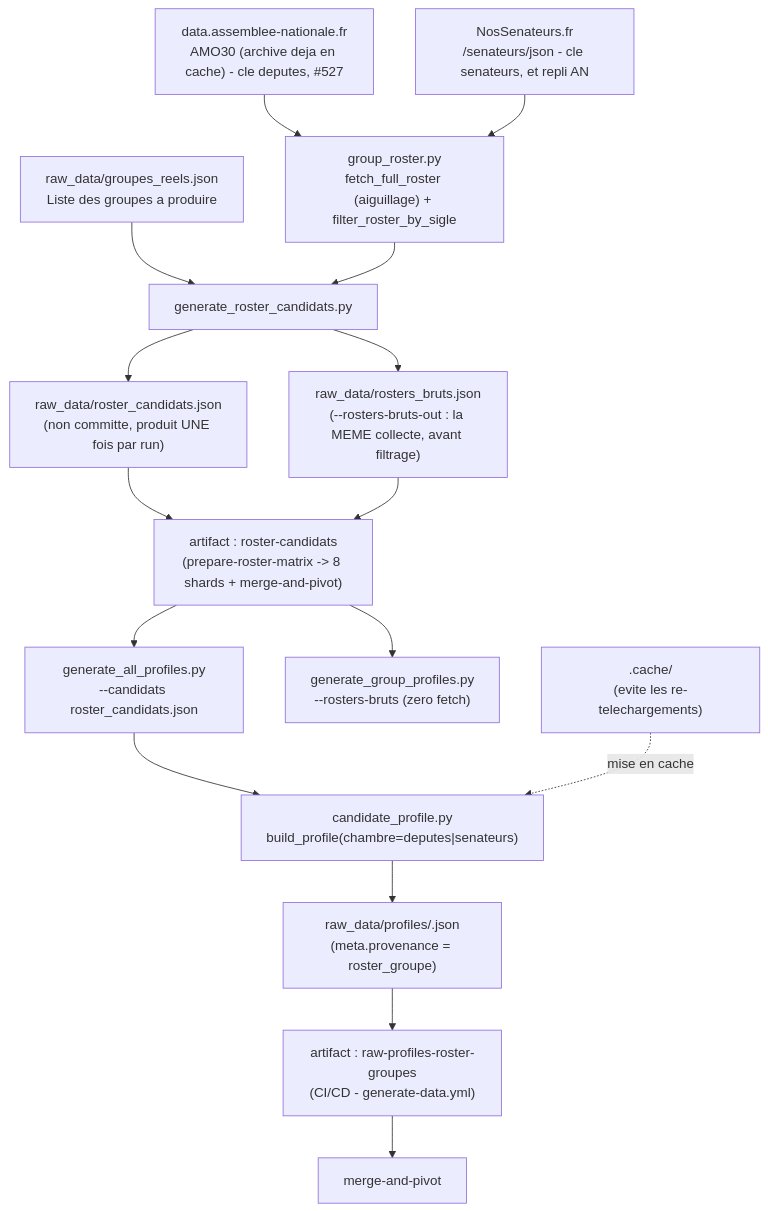
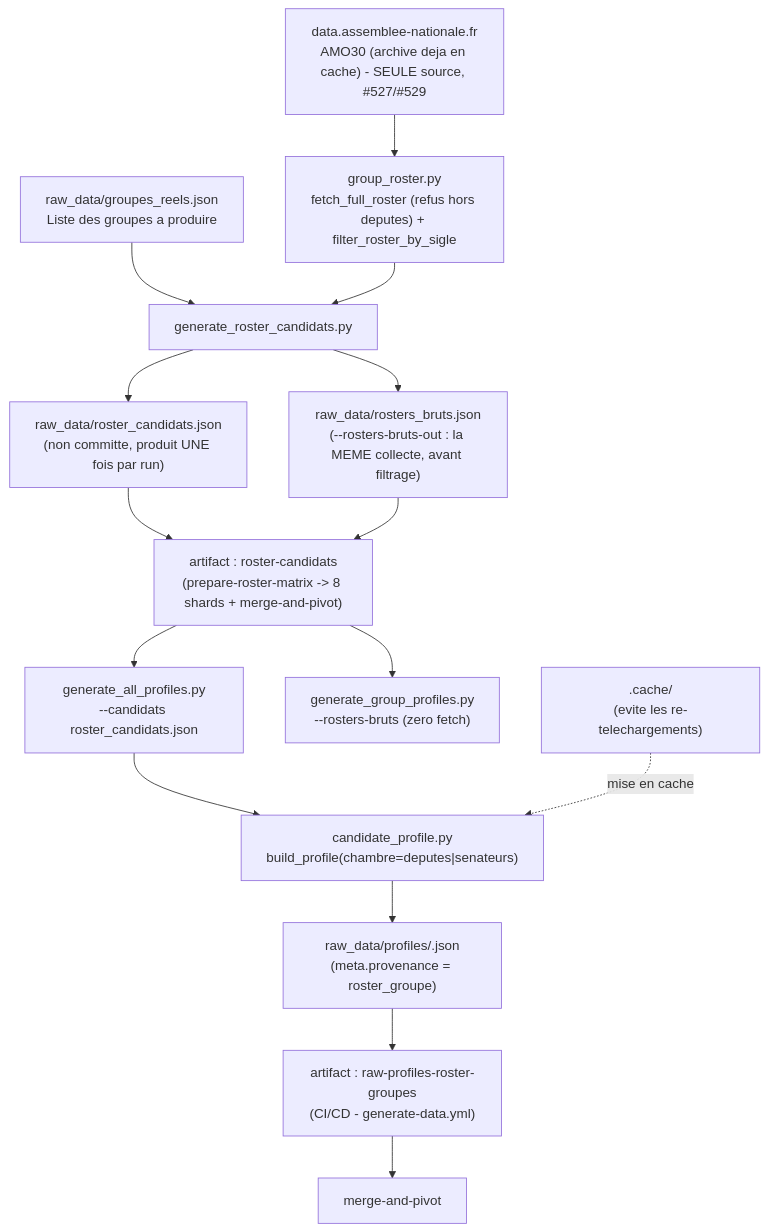
One commit to stephieED/Empreinte-politique-src changed the diagram in docs/extract-roster-groupes.md. Above: the diagram before and after it, drawn with Mermaid. The commit also changed other lines of this file and 10 other files, not shown here.

````diff
--- a/docs/extract-roster-groupes.md
+++ b/docs/extract-roster-groupes.md
@@ -139,23 +147,22 @@
 ```mermaid
 flowchart TD
     G0["raw_data/groupes_reels.json\nListe des groupes a produire"] --> RC["generate_roster_candidats.py"]
 
-    AMO["data.assemblee-nationale.fr\nAMO30 (archive deja en cache) - cle deputes, #527"] --> GR["group_roster.py\nfetch_full_roster (aiguillage) + filter_roster_by_sigle"]
-    NS["NosSenateurs.fr\n/senateurs/json - cle senateurs, et repli AN"] --> GR
+    AMO["data.assemblee-nationale.fr\nAMO30 (archive deja en cache) - SEULE source, #527/#529"] --> GR["group_roster.py\nfetch_full_roster (refus hors deputes) + filter_roster_by_sigle"]
     GR --> RC
 
     RC --> RCJ["raw_data/roster_candidats.json\n(non committe, produit UNE fois par run)"]
     RC --> RBJ["raw_data/rosters_bruts.json\n(--rosters-bruts-out : la MEME collecte, avant filtrage)"]
 
     RCJ --> ART["artifact : roster-candidats\n(prepare-roster-matrix -> 8 shards + merge-and-pivot)"]
     RBJ --> ART
     ART --> B["generate_all_profiles.py\n--candidats roster_candidats.json"]
     ART --> GP["generate_group_profiles.py\n--rosters-bruts (zero fetch)"]
     B --> C["candidate_profile.py\nbuild_profile(chambre=deputes|senateurs)"]
 
     CACHE[".cache/\n(evite les re-telechargements)"] -. mise en cache .-> C
 
     C --> D["raw_data/profiles/<slug>.json\n(meta.provenance = roster_groupe)"]
     D --> E["artifact : raw-profiles-roster-groupes\n(CI/CD - generate-data.yml)"]
     E --> F["merge-and-pivot"]
 ```
````
